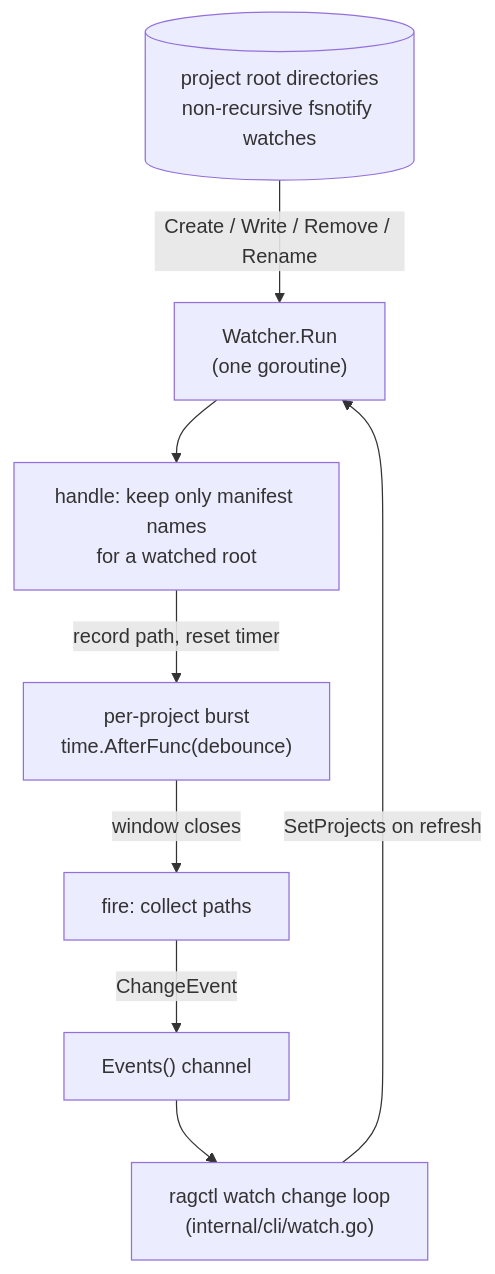
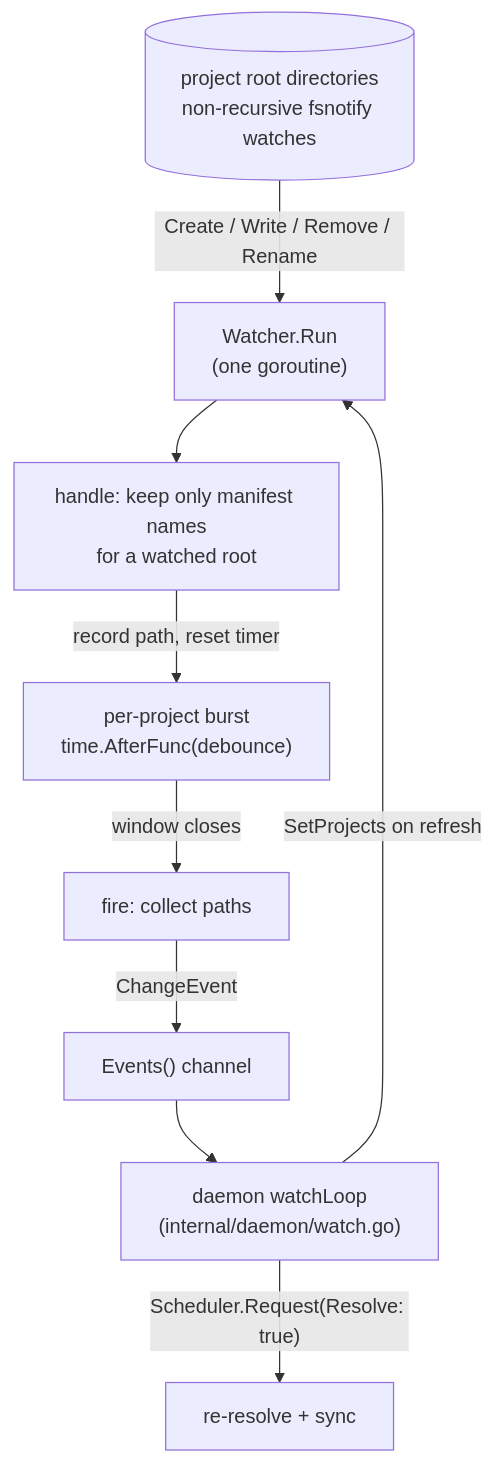
Before and after one commit to aleutian-ai/depctl: the diagram in docs/internal/watch.md, drawn with Mermaid. The commit also changed other lines of this file and 114 other files, not shown here.

````diff
--- a/docs/internal/watch.md
+++ b/docs/internal/watch.md
@@ -15,10 +15,11 @@
 ```mermaid
 flowchart TD
     FS[(project root directories<br/>non-recursive fsnotify watches)] -->|Create / Write / Remove / Rename| Run["Watcher.Run<br/>(one goroutine)"]
     Run --> Handle["handle: keep only manifest names<br/>for a watched root"]
     Handle -->|record path, reset timer| Burst["per-project burst<br/>time.AfterFunc(debounce)"]
     Burst -->|window closes| Fire["fire: collect paths"]
     Fire -->|ChangeEvent| Events["Events() channel"]
-    Events --> CLI["ragctl watch change loop<br/>(internal/cli/watch.go)"]
-    CLI -->|SetProjects on refresh| Run
+    Events --> Daemon["daemon watchLoop<br/>(internal/daemon/watch.go)"]
+    Daemon -->|"Scheduler.Request(Resolve: true)"| Sync["re-resolve + sync"]
+    Daemon -->|SetProjects on refresh| Run
 ```
````
